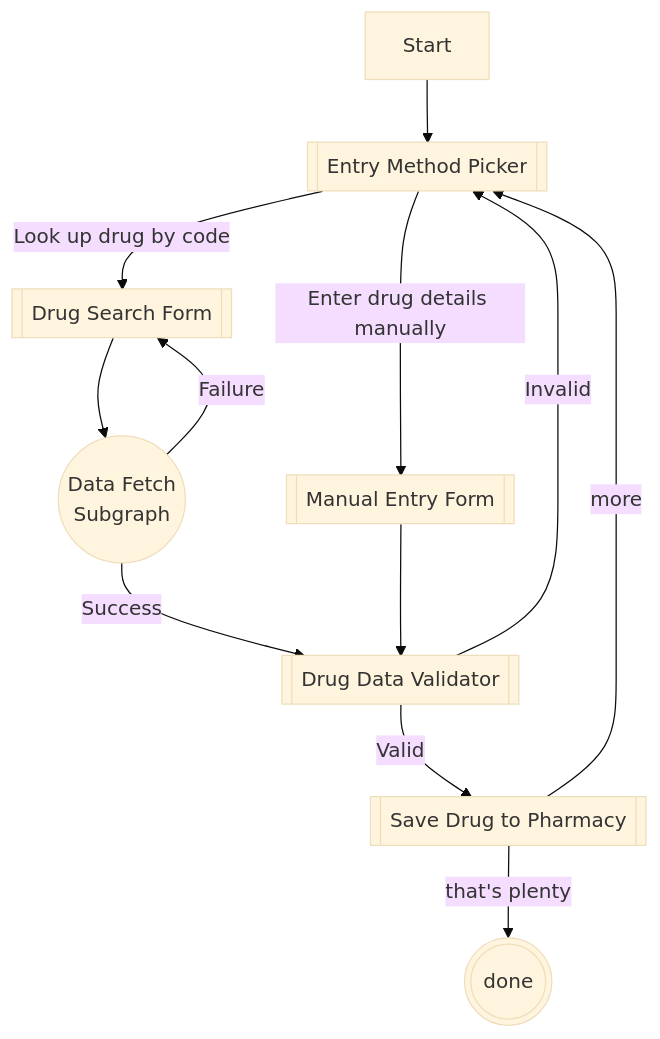
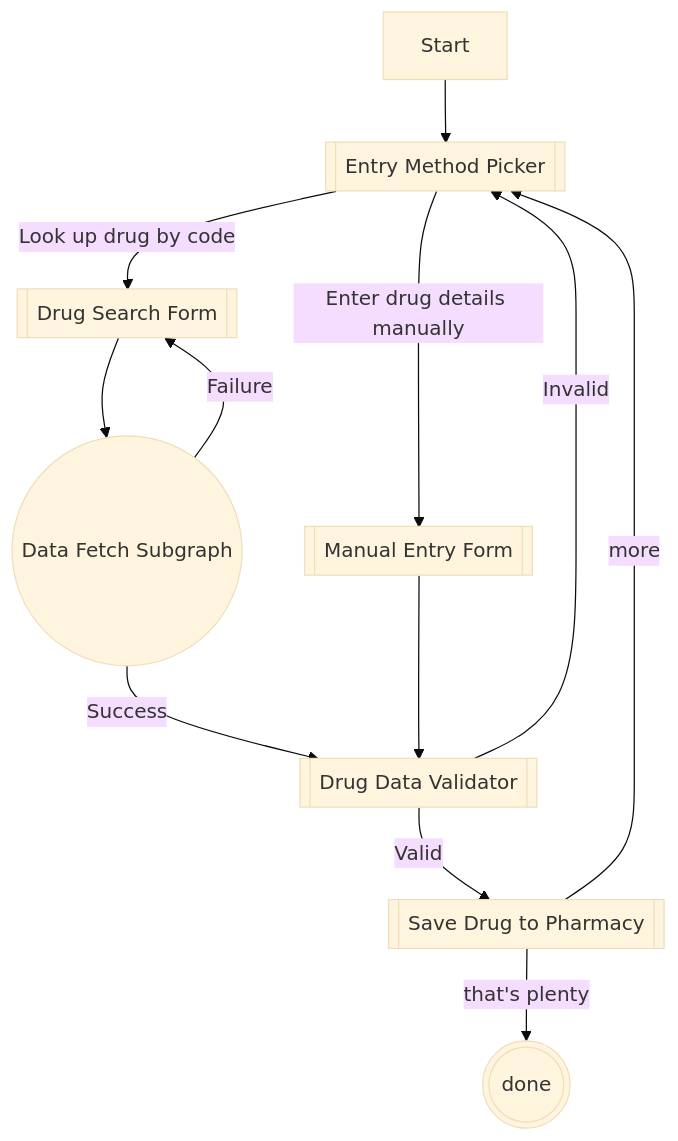
The diagram in _content/blog/fda-api-project.md (hiimmrdave/hiimmrdavedotcom), drawn with Mermaid (base theme) before and after one commit. The commit also changed other lines of this file, not shown here.

````diff
--- a/_content/blog/fda-api-project.md
+++ b/_content/blog/fda-api-project.md
@@ -22,19 +22,19 @@
 ```mermaid
 flowchart TB
   Start-->methodPick
   methodPick[[Entry Method Picker]]
   methodPick--Enter drug details manually-->manualEntry
   manualEntry[[Manual Entry Form]]
   methodPick--Look up drug by code-->APILookup
   APILookup[[Drug Search Form]]
   APILookup-->APIFetch
-  APIFetch((Data Fetch\nSubgraph))
+  APIFetch((Data Fetch Subgraph))
   APIFetch--Success-->drugValidate
   APIFetch--Failure-->APILookup
   manualEntry-->drugValidate
   drugValidate[[Drug Data Validator]]
   drugValidate--Valid-->saveData
   drugValidate--Invalid-->methodPick
   saveData[[Save Drug to Pharmacy]]--more-->methodPick
   saveData--"that's plenty"-->done(((done)))
 ```
````
